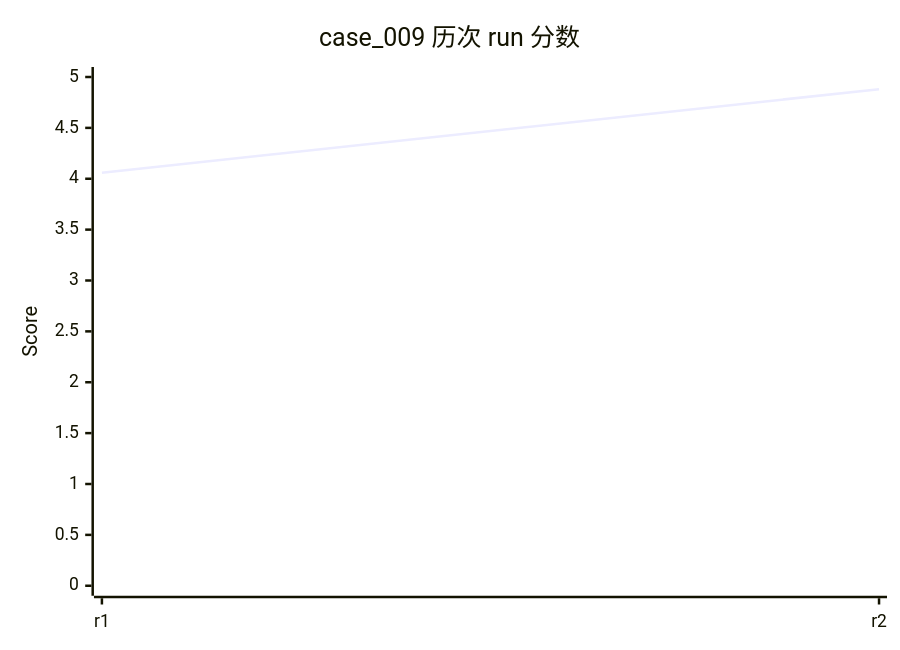
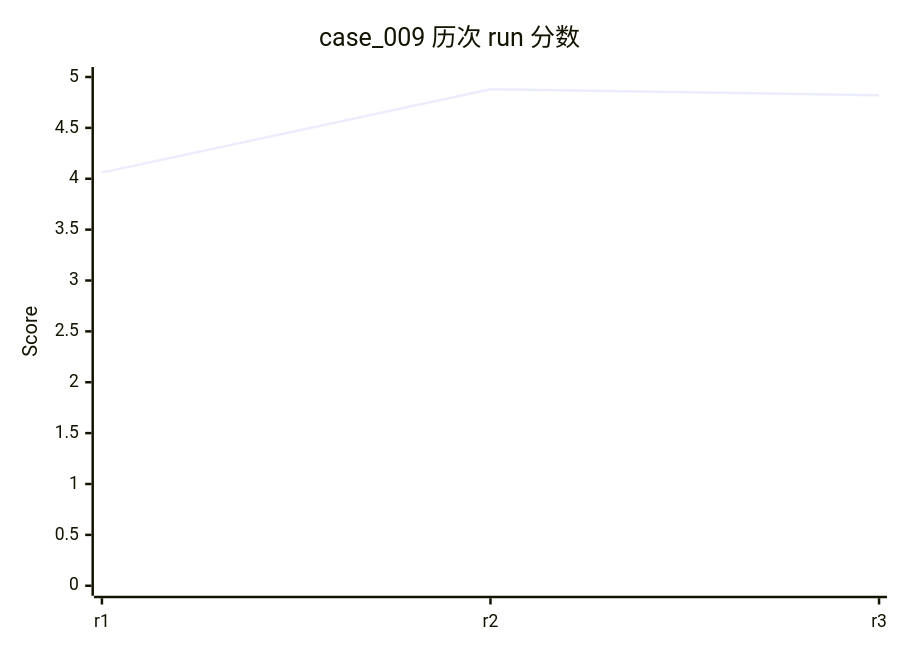
Before and after one commit to rushengzhou/sid-code: diagram 15 of 58 in evals/DASHBOARD.md, drawn with Mermaid. The commit also changed other lines of this file and 57 other files, not shown here.

````diff
--- a/evals/DASHBOARD.md
+++ b/evals/DASHBOARD.md
@@ -354,7 +356,7 @@
 ```mermaid
 xychart-beta
     title "case_009 历次 run 分数"
-    x-axis [r1, r2]
+    x-axis [r1, r2, r3]
     y-axis "Score" 0 --> 5
-    line [4.06, 4.88]
+    line [4.06, 4.88, 4.82]
 ```
````
